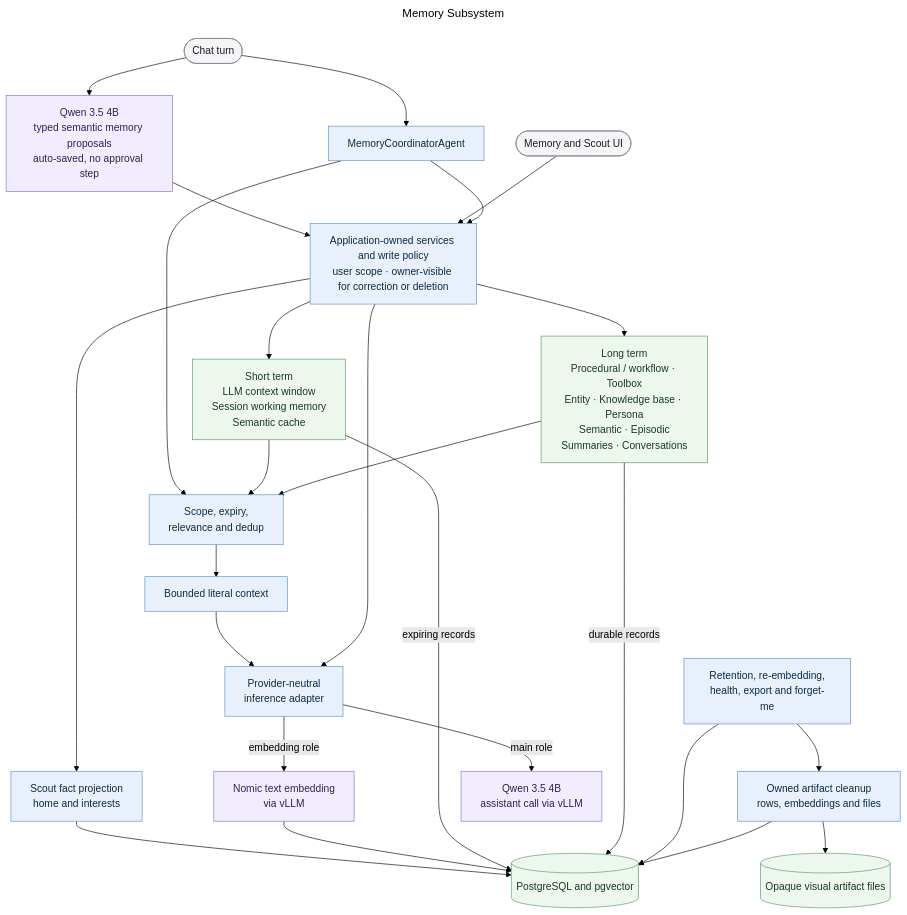
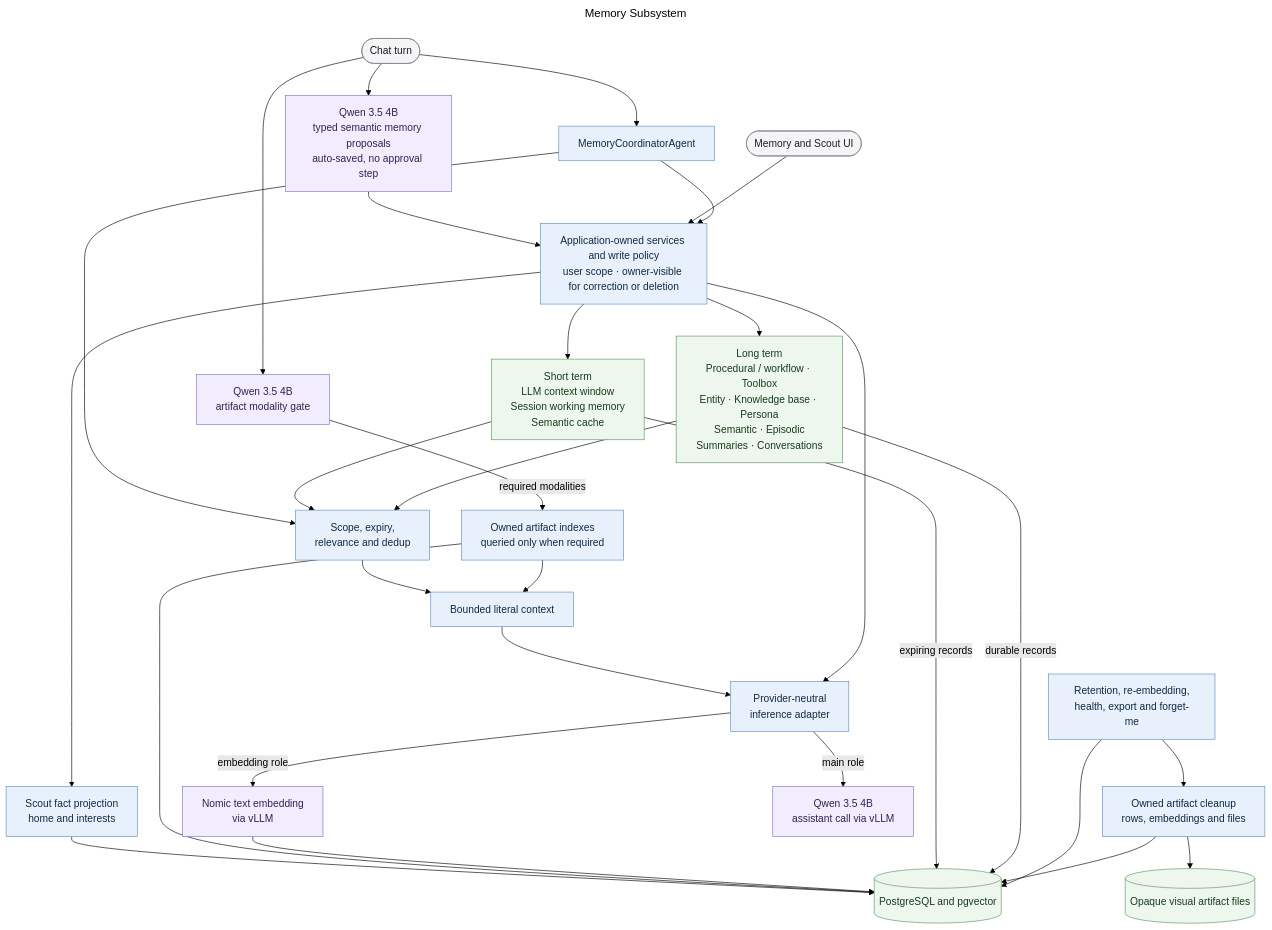
Before and after one commit to MallyaAni/PersonalAssistant: the diagram in docs/diagrams/memory-subsystem.mmd, drawn with Mermaid (forest theme). The commit also changed 31 other files, not shown here.

First line of the commit message:
Gate artifact recall by modality, and stop re-asking for finished setup

```diff
--- a/docs/diagrams/memory-subsystem.mmd
+++ b/docs/diagrams/memory-subsystem.mmd
@@ -1,55 +1,60 @@
 ---
 title: Memory Subsystem
 ---
 flowchart TB
     Chat([Chat turn])
     UI([Memory and Scout UI])
 
     Proposal[Qwen 3.5 4B<br/>typed semantic memory proposals<br/>auto-saved, no approval step]
     Coordinator[MemoryCoordinatorAgent]
     Services[Application-owned services and write policy<br/>user scope · owner-visible for correction or deletion]
     Retrieval[Scope, expiry,<br/>relevance and dedup]
+    ArtifactGate[Qwen 3.5 4B<br/>artifact modality gate]
+    ArtifactIndex[Owned artifact indexes<br/>queried only when required]
     Context[Bounded literal context]
 
     Short[Short term<br/>LLM context window<br/>Session working memory<br/>Semantic cache]
     Long[Long term<br/>Procedural / workflow · Toolbox<br/>Entity · Knowledge base · Persona<br/>Semantic · Episodic<br/>Summaries · Conversations]
 
     Inference[Provider-neutral<br/>inference adapter]
     TextEmbed[Nomic text embedding<br/>via vLLM]
     Database[(PostgreSQL and pgvector)]
     Files[(Opaque visual artifact files)]
     Maintenance[Retention, re-embedding,<br/>health, export and forget-me]
     ArtifactCleanup[Owned artifact cleanup<br/>rows, embeddings and files]
     Discovery[Scout fact projection<br/>home and interests]
 
     Main[Qwen 3.5 4B<br/>assistant call via vLLM]
 
     Chat --> Proposal --> Services
     Chat --> Coordinator
+    Chat --> ArtifactGate
     UI --> Services
     Coordinator --> Services
     Services --> Short
     Services --> Long
     Services --> Discovery --> Database
     Coordinator --> Retrieval
     Short --> Retrieval
     Long --> Retrieval
     Retrieval --> Context --> Inference
+    ArtifactGate -->|required modalities| ArtifactIndex --> Context
+    ArtifactIndex --> Database
     Inference -->|main role| Main
     Services --> Inference
     Inference -->|embedding role| TextEmbed --> Database
     Short -->|expiring records| Database
     Long -->|durable records| Database
     Maintenance --> Database
     Maintenance --> ArtifactCleanup
     ArtifactCleanup --> Database
     ArtifactCleanup --> Files
 
     classDef interface fill:#f5f5f7,stroke:#86868b,color:#1d1d1f;
     classDef application fill:#e8f1fb,stroke:#5e8fc4,color:#102a43;
     classDef data fill:#eef7ee,stroke:#5f9562,color:#183b1b;
     classDef model fill:#f1edff,stroke:#8872c6,color:#2e2450;
     class Chat,UI interface;
-    class Coordinator,Services,Retrieval,Context,Inference,Maintenance,ArtifactCleanup,Discovery application;
+    class Coordinator,Services,Retrieval,ArtifactIndex,Context,Inference,Maintenance,ArtifactCleanup,Discovery application;
     class Short,Long,Database,Files data;
-    class TextEmbed,Main,Proposal model;
+    class TextEmbed,Main,Proposal,ArtifactGate model;
```
